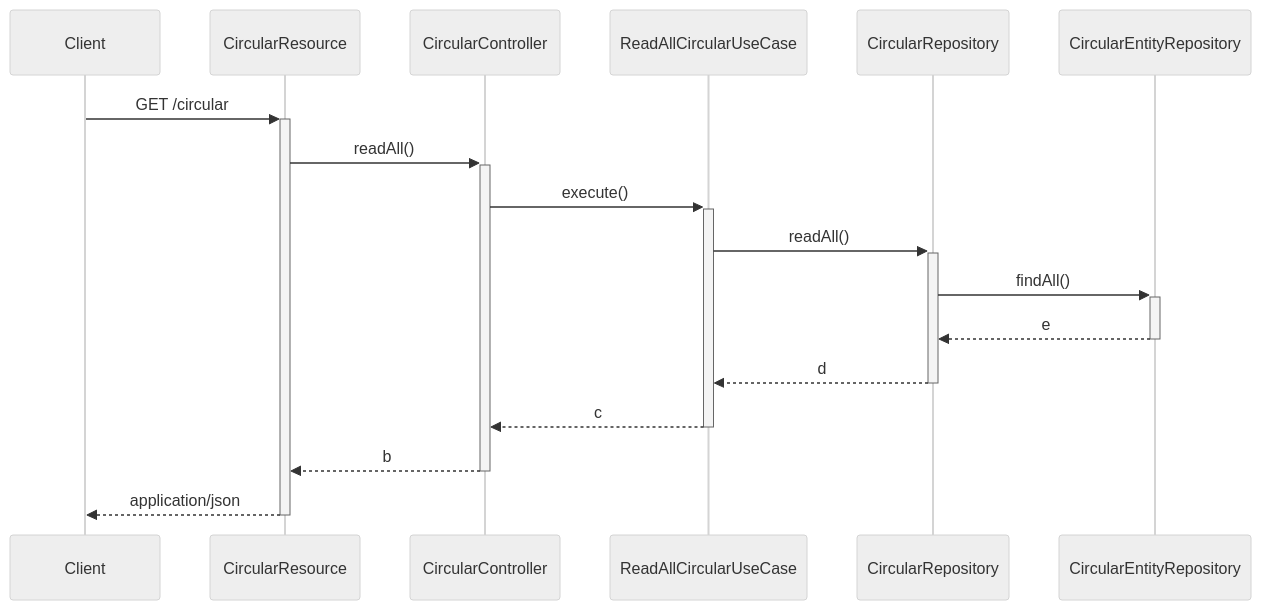
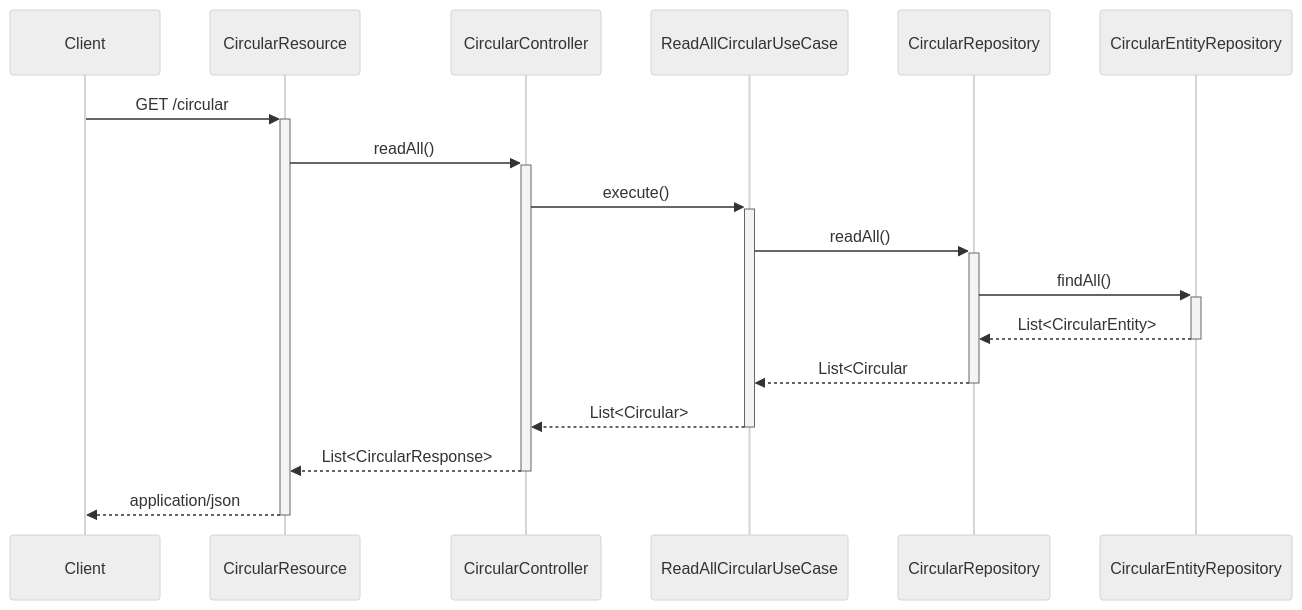
Before and after one commit to flatlining/clean-architecture-java-example: the diagram in docs/sequence.md, drawn with Mermaid (neutral theme).

Commit message:
add response

````diff
--- a/docs/sequence.md
+++ b/docs/sequence.md
@@ -1,13 +1,13 @@
 ```mermaid
 sequenceDiagram
   Client->>+CircularResource: GET /circular
   CircularResource->>+CircularController: readAll()
   CircularController->>+ReadAllCircularUseCase: execute()
   ReadAllCircularUseCase->>+CircularRepository: readAll()
   CircularRepository->>+CircularEntityRepository: findAll()
-  CircularEntityRepository-->>-CircularRepository: e
-  CircularRepository-->>-ReadAllCircularUseCase: d
-  ReadAllCircularUseCase-->>-CircularController: c
-  CircularController-->>-CircularResource: b
+  CircularEntityRepository-->>-CircularRepository: List<CircularEntity>
+  CircularRepository-->>-ReadAllCircularUseCase: List<Circular
+  ReadAllCircularUseCase-->>-CircularController: List<Circular>
+  CircularController-->>-CircularResource: List<CircularResponse>
   CircularResource-->>-Client: application/json
 ```
````
